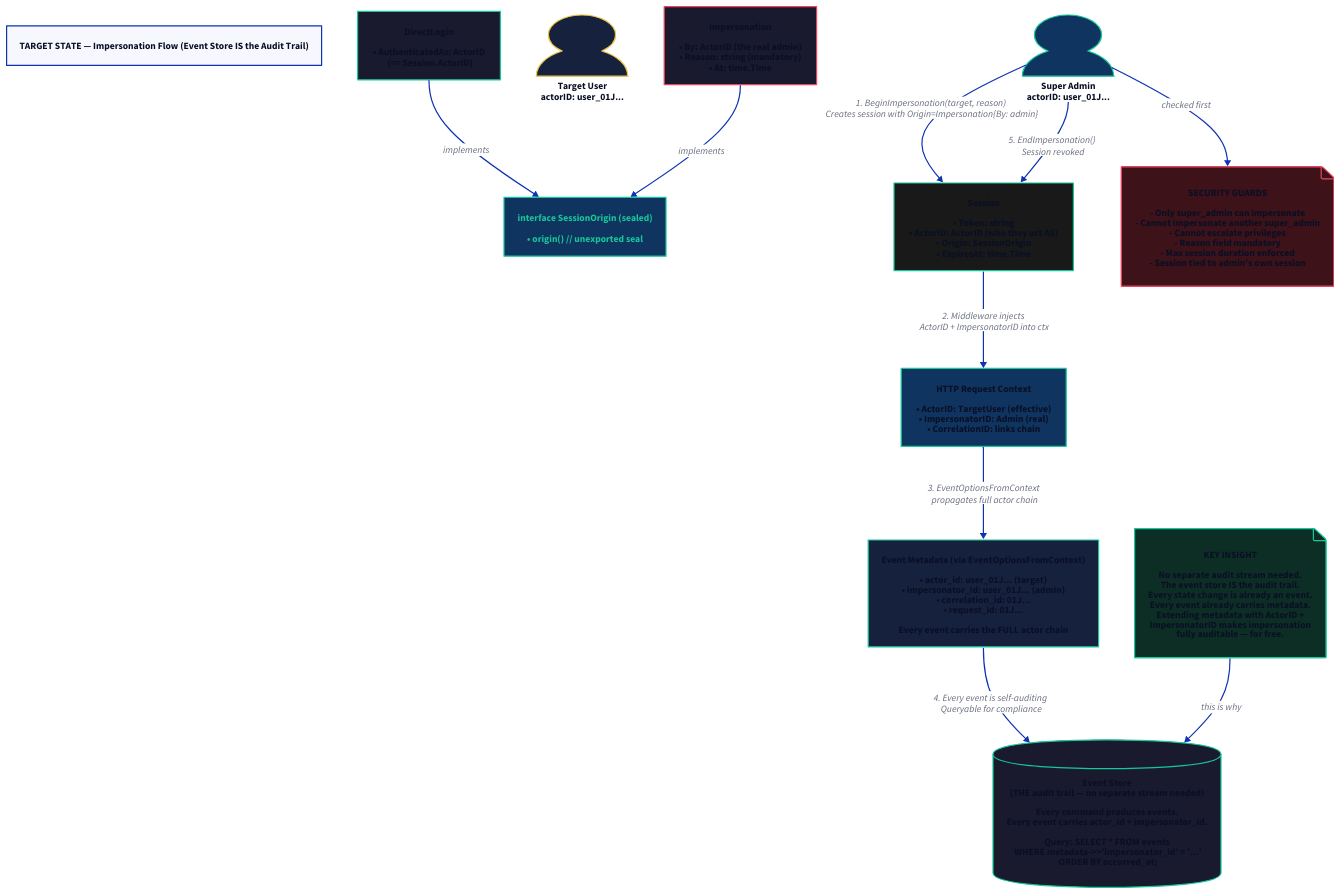
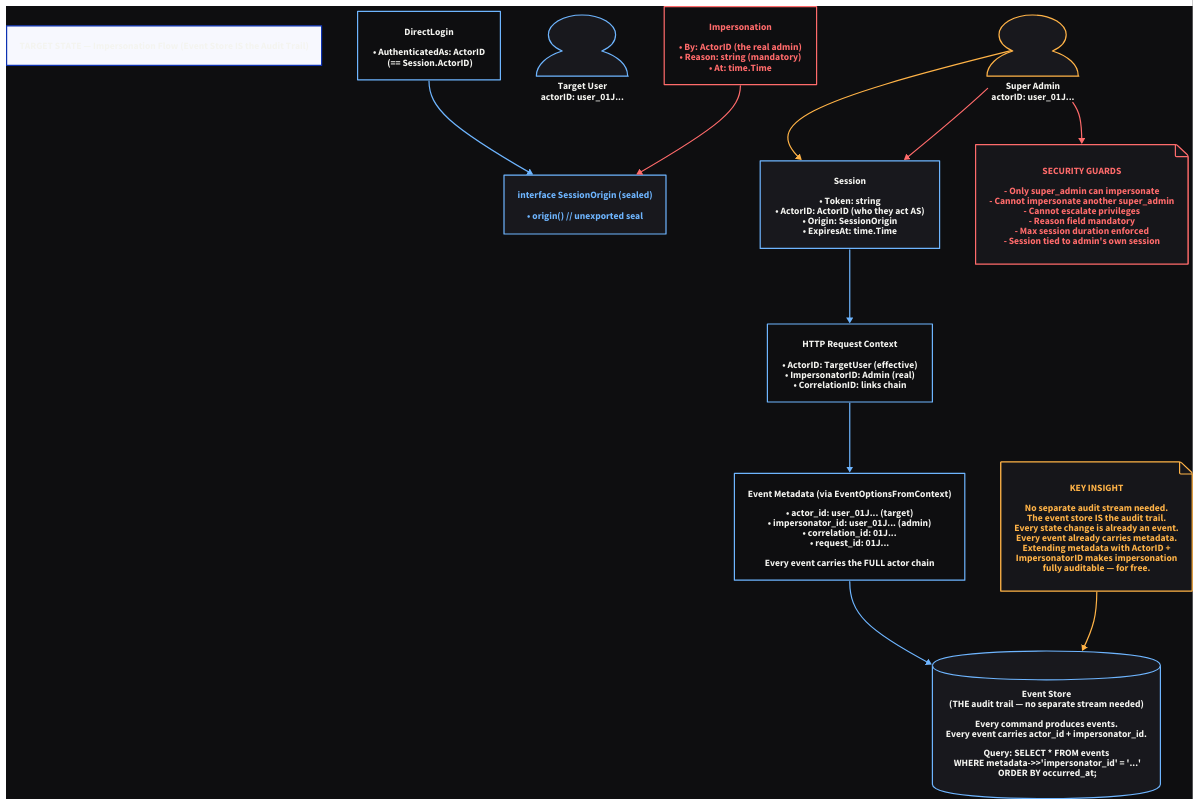
One commit to LarsArtmann/cqrs-htmx changed the diagram in docs/architecture-understanding/2026-06-21_04-00_impersonation-flow.d2. Above: the diagram before and after it, drawn with D2. The commit also changed 16 other files, not shown here.

First line of the commit message:
docs(architecture): refresh architecture diagrams with dark theme + add render script

```diff
--- a/docs/architecture-understanding/2026-06-21_04-00_impersonation-flow.d2
+++ b/docs/architecture-understanding/2026-06-21_04-00_impersonation-flow.d2
@@ -1,90 +1,93 @@
 direction: down
 
+style: {fill: "#0e0e10"}
+
 title: "TARGET STATE — Impersonation Flow (Event Store IS the Audit Trail)"
+title.style: {font-color: "#f4f4f0"}
 
 # Actors
 Admin: {
   shape: person
-  style: {fill: "#0f3460"; stroke: "#16c79a"}
+  style: {fill: "#18181d"; stroke: "#ffb347"; font-color: "#f4f4f0"}
   label: "Super Admin\nactorID: user_01J..."
 }
 
 TargetUser: {
   shape: person
-  style: {fill: "#16213e"; stroke: "#e8c546"}
+  style: {fill: "#18181d"; stroke: "#6eb5ff"; font-color: "#f4f4f0"}
   label: "Target User\nactorID: user_01J..."
 }
 
 # Session Origin (sealed union)
 SessionOrigin: {
   shape: rectangle
-  style: {fill: "#0f3460"; stroke: "#16c79a"; font-color: "#16c79a"}
+  style: {fill: "#18181d"; stroke: "#6eb5ff"; font-color: "#6eb5ff"}
   label: "interface SessionOrigin (sealed)\n\n• origin()  // unexported seal"
 }
 
 DirectLogin: {
   shape: rectangle
-  style: {fill: "#1a1a2e"; stroke: "#16c79a"}
+  style: {fill: "#0e0e10"; stroke: "#6eb5ff"; font-color: "#f4f4f0"}
   label: "DirectLogin\n\n• AuthenticatedAs: ActorID\n  (== Session.ActorID)"
 }
 
 Impersonation: {
   shape: rectangle
-  style: {fill: "#1a1a2e"; stroke: "#e94560"}
+  style: {fill: "#0e0e10"; stroke: "#ff6b6b"; font-color: "#ff6b6b"}
   label: "Impersonation\n\n• By: ActorID (the real admin)\n• Reason: string (mandatory)\n• At: time.Time"
 }
 
 # Session
 Session: {
   shape: rectangle
-  style: {fill: "#191919"; stroke: "#16c79a"}
+  style: {fill: "#18181d"; stroke: "#6eb5ff"; font-color: "#f4f4f0"}
   label: "Session\n\n• Token: string\n• ActorID: ActorID (who they act AS)\n• Origin: SessionOrigin\n• ExpiresAt: time.Time"
 }
 
 # Context propagation
 RequestContext: {
   shape: rectangle
-  style: {fill: "#0f3460"; stroke: "#16c79a"}
+  style: {fill: "#0e0e10"; stroke: "#6eb5ff"; font-color: "#f4f4f0"}
   label: "HTTP Request Context\n\n• ActorID: TargetUser (effective)\n• ImpersonatorID: Admin (real)\n• CorrelationID: links chain"
 }
 
 # Event metadata
 EventMetadata: {
   shape: rectangle
-  style: {fill: "#16213e"; stroke: "#16c79a"}
+  style: {fill: "#0e0e10"; stroke: "#6eb5ff"; font-color: "#f4f4f0"}
   label: "Event Metadata (via EventOptionsFromContext)\n\n• actor_id: user_01J... (target)\n• impersonator_id: user_01J... (admin)\n• correlation_id: 01J...\n• request_id: 01J...\n\nEvery event carries the FULL actor chain"
 }
 
 # Event store (the audit trail)
 EventStore: {
   shape: cylinder
-  style: {fill: "#1a1a2e"; stroke: "#16c79a"}
+  style: {fill: "#18181d"; stroke: "#6eb5ff"; font-color: "#f4f4f0"}
   label: "Event Store\n(THE audit trail — no separate stream needed)\n\nEvery command produces events.\nEvery event carries actor_id + impersonator_id.\n\nQuery: SELECT * FROM events\n  WHERE metadata->>'impersonator_id' = '...'\n  ORDER BY occurred_at;"
 }
 
 # Security guards
 SecurityGuard: {
   shape: page
-  style: {fill: "#3d1219"; stroke: "#e94560"}
+  style: {fill: "#16161a"; stroke: "#ff6b6b"; font-color: "#ff6b6b"}
   label: "SECURITY GUARDS\n\n- Only super_admin can impersonate\n- Cannot impersonate another super_admin\n- Cannot escalate privileges\n- Reason field mandatory\n- Max session duration enforced\n- Session tied to admin's own session"
 }
 
 # Flow
-SessionOrigin <- DirectLogin: implements
-SessionOrigin <- Impersonation: implements
+SessionOrigin <- DirectLogin: {style: {stroke: "#6eb5ff"; font-color: "#f4f4f0"}}
+SessionOrigin <- Impersonation: {style: {stroke: "#ff6b6b"; font-color: "#f4f4f0"}}
 
-Admin -> SecurityGuard: "checked first"
-Admin -> Session: "1. BeginImpersonation(target, reason)\n   Creates session with Origin=Impersonation{By: admin}"
-Session -> RequestContext: "2. Middleware injects\n   ActorID + ImpersonatorID into ctx"
-RequestContext -> EventMetadata: "3. EventOptionsFromContext\n   propagates full actor chain"
-EventMetadata -> EventStore: "4. Every event is self-auditing\n   Queryable for compliance"
-Admin -> Session: "5. EndImpersonation()\n   Session revoked"
+Admin -> SecurityGuard: {style: {stroke: "#ff6b6b"; font-color: "#f4f4f0"}}
+Admin -> Session: {style: {stroke: "#ffb347"; font-color: "#f4f4f0"}}
+Session -> RequestContext: {style: {stroke: "#6eb5ff"; font-color: "#f4f4f0"}}
+RequestContext -> EventMetadata: {style: {stroke: "#6eb5ff"; font-color: "#f4f4f0"}}
+EventMetadata -> EventStore: {style: {stroke: "#6eb5ff"; font-color: "#f4f4f0"}}
+Admin -> Session: {style: {stroke: "#ff6b6b"; font-color: "#f4f4f0"}}
 
 # Key insight
 KeyInsight: {
   shape: page
-  style: {fill: "#0d2e25"; stroke: "#16c79a"}
+  style: {fill: "#16161a"; stroke: "#ffb347"; font-color: "#ffb347"}
   label: "KEY INSIGHT\n\nNo separate audit stream needed.\nThe event store IS the audit trail.\nEvery state change is already an event.\nEvery event already carries metadata.\nExtending metadata with ActorID +\nImpersonatorID makes impersonation\nfully auditable — for free."
 }
 
-KeyInsight -> EventStore: "this is why"
+KeyInsight -> EventStore: {style: {stroke: "#ffb347"; font-color: "#ffb347"}}
```
